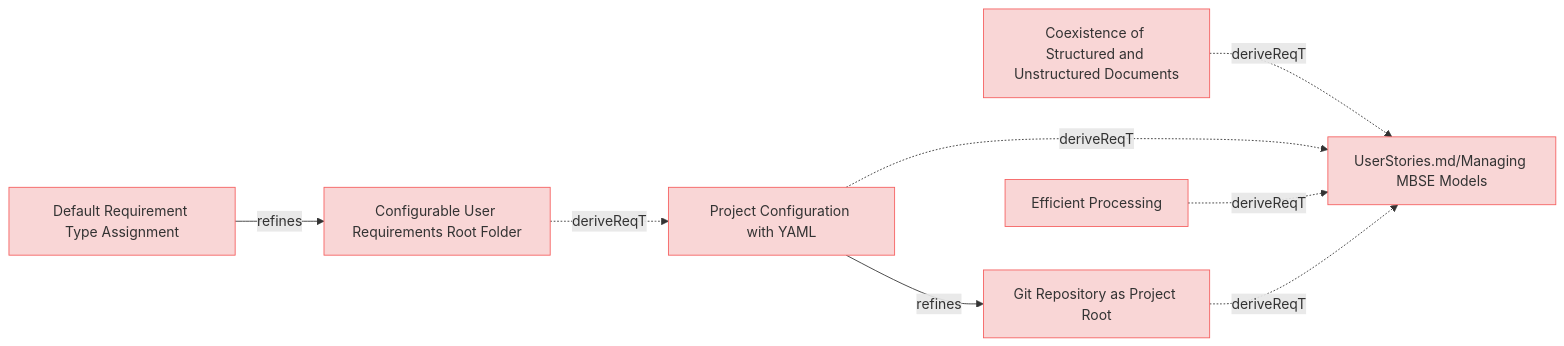
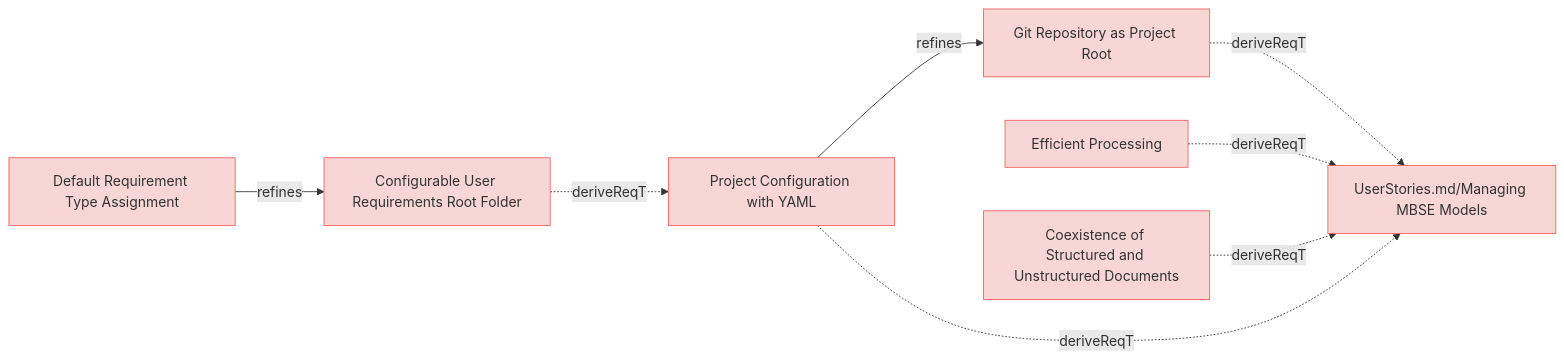
The diagram in specifications/ManagingMbseModelsRequirements.md (reqvire-org/reqvire), drawn with Mermaid before and after one commit. The commit also changed other lines of this file and 37 other files, not shown here.

Commit message:
Allow diagrams with blobs links when configured.

````diff
--- a/specifications/ManagingMbseModelsRequirements.md
+++ b/specifications/ManagingMbseModelsRequirements.md
@@ -4,37 +4,37 @@
 ```mermaid
 graph LR;
   %% Graph styling
   classDef requirement fill:#f9d6d6,stroke:#f55f5f,stroke-width:1px;
   classDef verification fill:#d6f9d6,stroke:#5fd75f,stroke-width:1px;
   classDef externalLink fill:#d0e0ff,stroke:#3080ff,stroke-width:1px;
   classDef default fill:#f5f5f5,stroke:#333333,stroke-width:1px;
 
-  da5831ca85881025["Coexistence of Structured and Unstructured Documents"];
-  click da5831ca85881025 "ManagingMbseModelsRequirements.md#coexistence-of-structured-and-unstructured-documents";
-  class da5831ca85881025 requirement;
-  c75ac8fa29479ca5["UserStories.md/Managing MBSE Models"];
-  class c75ac8fa29479ca5 requirement;
-  click c75ac8fa29479ca5 "UserStories.md#managing-mbse-models";
-  da5831ca85881025 -.->|deriveReqT| c75ac8fa29479ca5;
-  82d6413dc779c791["Configurable User Requirements Root Folder"];
-  click 82d6413dc779c791 "ManagingMbseModelsRequirements.md#configurable-user-requirements-root-folder";
-  class 82d6413dc779c791 requirement;
-  b3ef0fb91572bcf0["Project Configuration with YAML"];
-  class b3ef0fb91572bcf0 requirement;
-  click b3ef0fb91572bcf0 "ManagingMbseModelsRequirements.md#project-configuration-with-yaml";
-  82d6413dc779c791 -.->|deriveReqT| b3ef0fb91572bcf0;
-  103e5403ec1d2f3c["Default Requirement Type Assignment"];
-  click 103e5403ec1d2f3c "ManagingMbseModelsRequirements.md#default-requirement-type-assignment";
-  class 103e5403ec1d2f3c requirement;
-  103e5403ec1d2f3c -->|refines| 82d6413dc779c791;
-  b3ef0fb91572bcf0 -.->|deriveReqT| c75ac8fa29479ca5;
-  b166738857fe340f["Git Repository as Project Root"];
-  class b166738857fe340f requirement;
-  click b166738857fe340f "ManagingMbseModelsRequirements.md#git-repository-as-project-root";
-  b3ef0fb91572bcf0 -->|refines| b166738857fe340f;
-  386d7b145d008870["Efficient Processing"];
-  click 386d7b145d008870 "ManagingMbseModelsRequirements.md#efficient-processing";
-  class 386d7b145d008870 requirement;
-  386d7b145d008870 -.->|deriveReqT| c75ac8fa29479ca5;
-  b166738857fe340f -.->|deriveReqT| c75ac8fa29479ca5;
+  d9354ef2eca0f2d0["Configurable User Requirements Root Folder"];
+  click d9354ef2eca0f2d0 "specifications/ManagingMbseModelsRequirements.md#configurable-user-requirements-root-folder#configurable-user-requirements-root-folder";
+  class d9354ef2eca0f2d0 requirement;
+  16b4b380c917deb1["Project Configuration with YAML"];
+  class 16b4b380c917deb1 requirement;
+  click 16b4b380c917deb1 "specifications/ManagingMbseModelsRequirements.md#project-configuration-with-yaml#project-configuration-with-yaml";
+  d9354ef2eca0f2d0 -.->|deriveReqT| 16b4b380c917deb1;
+  649d72765b13e14f["Git Repository as Project Root"];
+  click 649d72765b13e14f "specifications/ManagingMbseModelsRequirements.md#git-repository-as-project-root#git-repository-as-project-root";
+  class 649d72765b13e14f requirement;
+  e61b7c1baa89bfc6["UserStories.md/Managing MBSE Models"];
+  class e61b7c1baa89bfc6 requirement;
+  click e61b7c1baa89bfc6 "specifications/UserStories.md#managing-mbse-models#managing-mbse-models";
+  649d72765b13e14f -.->|deriveReqT| e61b7c1baa89bfc6;
+  c9cc6878a73bb951["Default Requirement Type Assignment"];
+  click c9cc6878a73bb951 "specifications/ManagingMbseModelsRequirements.md#default-requirement-type-assignment#default-requirement-type-assignment";
+  class c9cc6878a73bb951 requirement;
+  c9cc6878a73bb951 -->|refines| d9354ef2eca0f2d0;
+  d193d11c43776bec["Efficient Processing"];
+  click d193d11c43776bec "specifications/ManagingMbseModelsRequirements.md#efficient-processing#efficient-processing";
+  class d193d11c43776bec requirement;
+  d193d11c43776bec -.->|deriveReqT| e61b7c1baa89bfc6;
+  f0d721424636370e["Coexistence of Structured and Unstructured Documents"];
+  click f0d721424636370e "specifications/ManagingMbseModelsRequirements.md#coexistence-of-structured-and-unstructured-documents#coexistence-of-structured-and-unstructured-documents";
+  class f0d721424636370e requirement;
+  f0d721424636370e -.->|deriveReqT| e61b7c1baa89bfc6;
+  16b4b380c917deb1 -.->|deriveReqT| e61b7c1baa89bfc6;
+  16b4b380c917deb1 -->|refines| 649d72765b13e14f;
 ```
````
